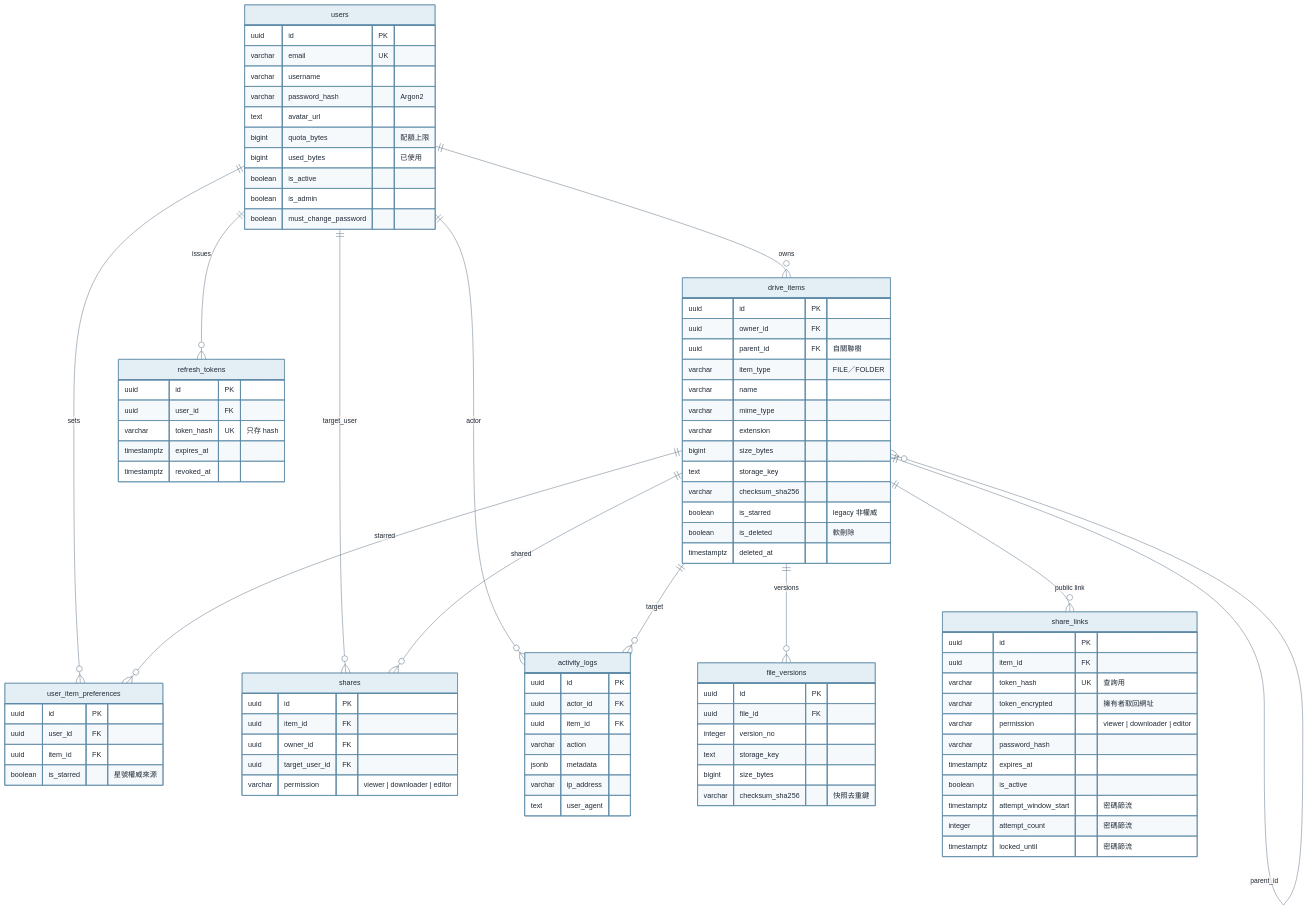
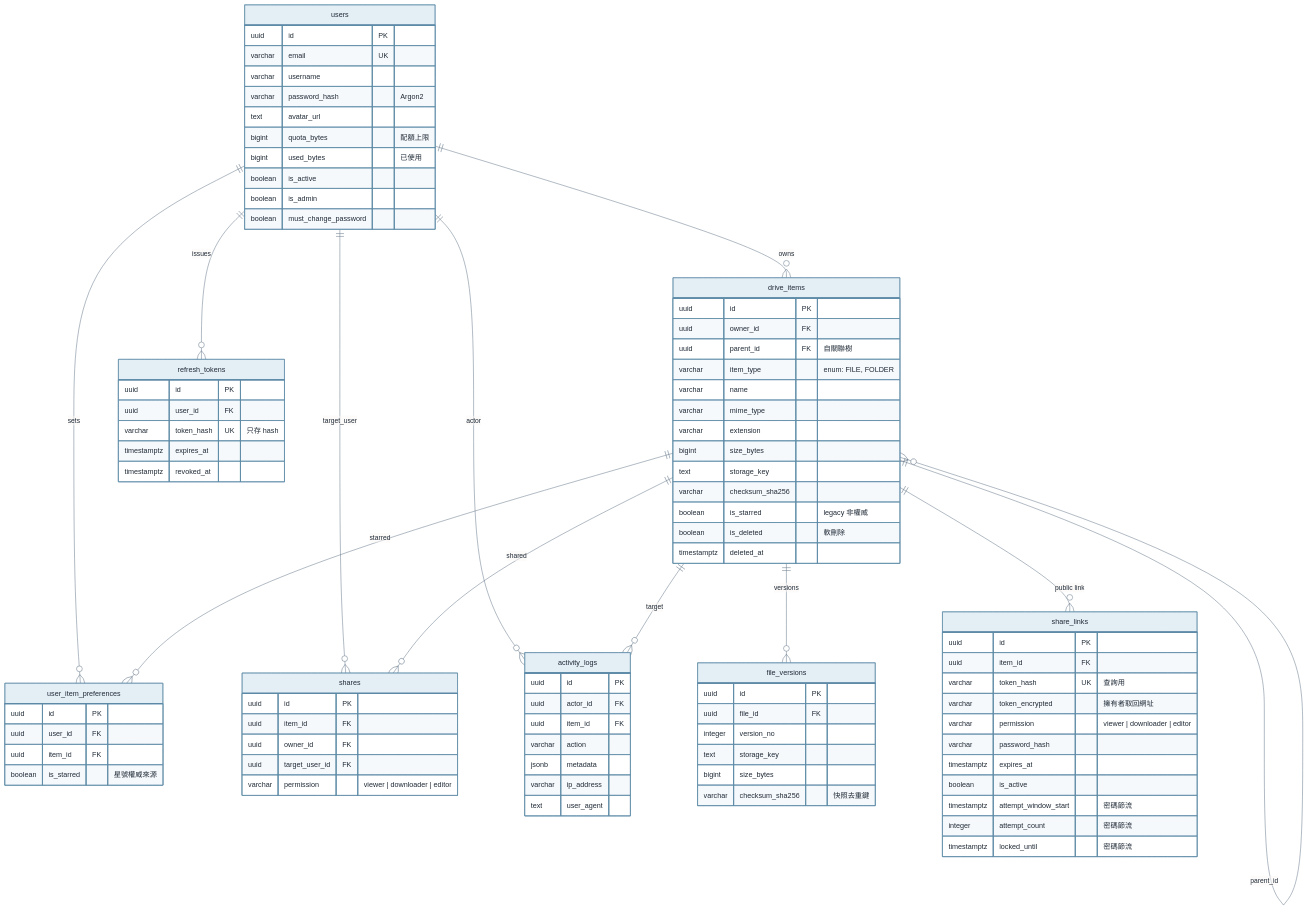
The diagram in doc/ppt/src/01-erd.mmd (billwu101/CloudDrive), drawn with Mermaid before and after one commit. The commit also changed 5 other files, not shown here.

```diff
--- a/doc/ppt/src/01-erd.mmd
+++ b/doc/ppt/src/01-erd.mmd
@@ -1,91 +1,91 @@
 %%{init: {'theme':'base','themeVariables':{'fontFamily':'PingFang TC, Avenir Next, Helvetica Neue, Arial, sans-serif','fontSize':'15px','primaryColor':'#e3eef5','primaryBorderColor':'#5e8ba6','primaryTextColor':'#1f2a36','lineColor':'#5e7183','attributeBackgroundColorOdd':'#ffffff','attributeBackgroundColorEven':'#f2f6f9'},'er':{'layoutDirection':'LR','entityPadding':16,'minEntityWidth':230}}}%%
 erDiagram
   users ||--o{ drive_items : "owns"
   users ||--o{ refresh_tokens : "issues"
   users ||--o{ user_item_preferences : "sets"
   users ||--o{ shares : "target_user"
   users ||--o{ activity_logs : "actor"
   drive_items ||--o{ drive_items : "parent_id"
   drive_items ||--o{ file_versions : "versions"
   drive_items ||--o{ user_item_preferences : "starred"
   drive_items ||--o{ shares : "shared"
   drive_items ||--o{ share_links : "public link"
   drive_items ||--o{ activity_logs : "target"
 
   users {
     uuid id PK
     varchar email UK
     varchar username
     varchar password_hash "Argon2"
     text avatar_url
     bigint quota_bytes "配額上限"
     bigint used_bytes "已使用"
     boolean is_active
     boolean is_admin
     boolean must_change_password
   }
   refresh_tokens {
     uuid id PK
     uuid user_id FK
     varchar token_hash UK "只存 hash"
     timestamptz expires_at
     timestamptz revoked_at
   }
   drive_items {
     uuid id PK
     uuid owner_id FK
     uuid parent_id FK "自關聯樹"
-    varchar item_type "FILE／FOLDER"
+    varchar item_type "enum: FILE, FOLDER"
     varchar name
     varchar mime_type
     varchar extension
     bigint size_bytes
     text storage_key
     varchar checksum_sha256
     boolean is_starred "legacy 非權威"
     boolean is_deleted "軟刪除"
     timestamptz deleted_at
   }
   user_item_preferences {
     uuid id PK
     uuid user_id FK
     uuid item_id FK
     boolean is_starred "星號權威來源"
   }
   file_versions {
     uuid id PK
     uuid file_id FK
     integer version_no
     text storage_key
     bigint size_bytes
     varchar checksum_sha256 "快照去重鍵"
   }
   shares {
     uuid id PK
     uuid item_id FK
     uuid owner_id FK
     uuid target_user_id FK
     varchar permission "viewer | downloader | editor"
   }
   share_links {
     uuid id PK
     uuid item_id FK
     varchar token_hash UK "查詢用"
     varchar token_encrypted "擁有者取回網址"
     varchar permission "viewer | downloader | editor"
     varchar password_hash
     timestamptz expires_at
     boolean is_active
     timestamptz attempt_window_start "密碼節流"
     integer attempt_count "密碼節流"
     timestamptz locked_until "密碼節流"
   }
   activity_logs {
     uuid id PK
     uuid actor_id FK
     uuid item_id FK
     varchar action
     jsonb metadata
     varchar ip_address
     text user_agent
   }
```
